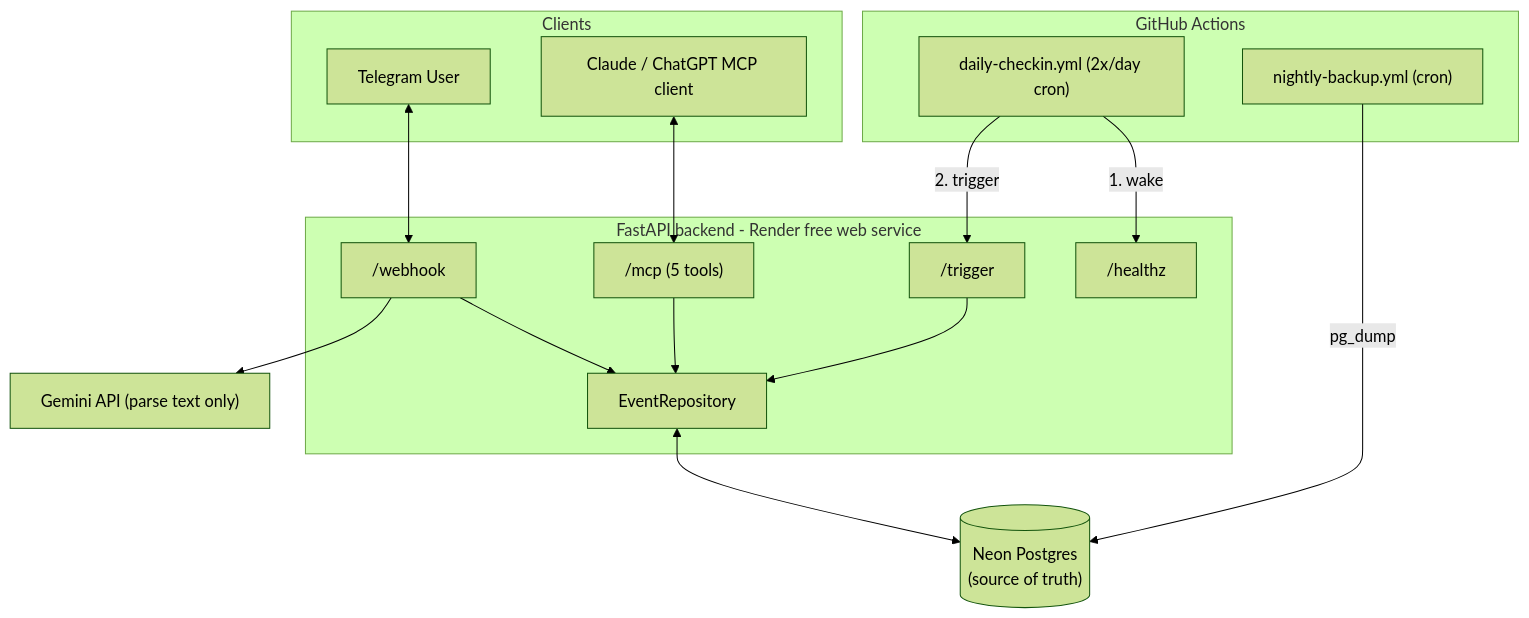
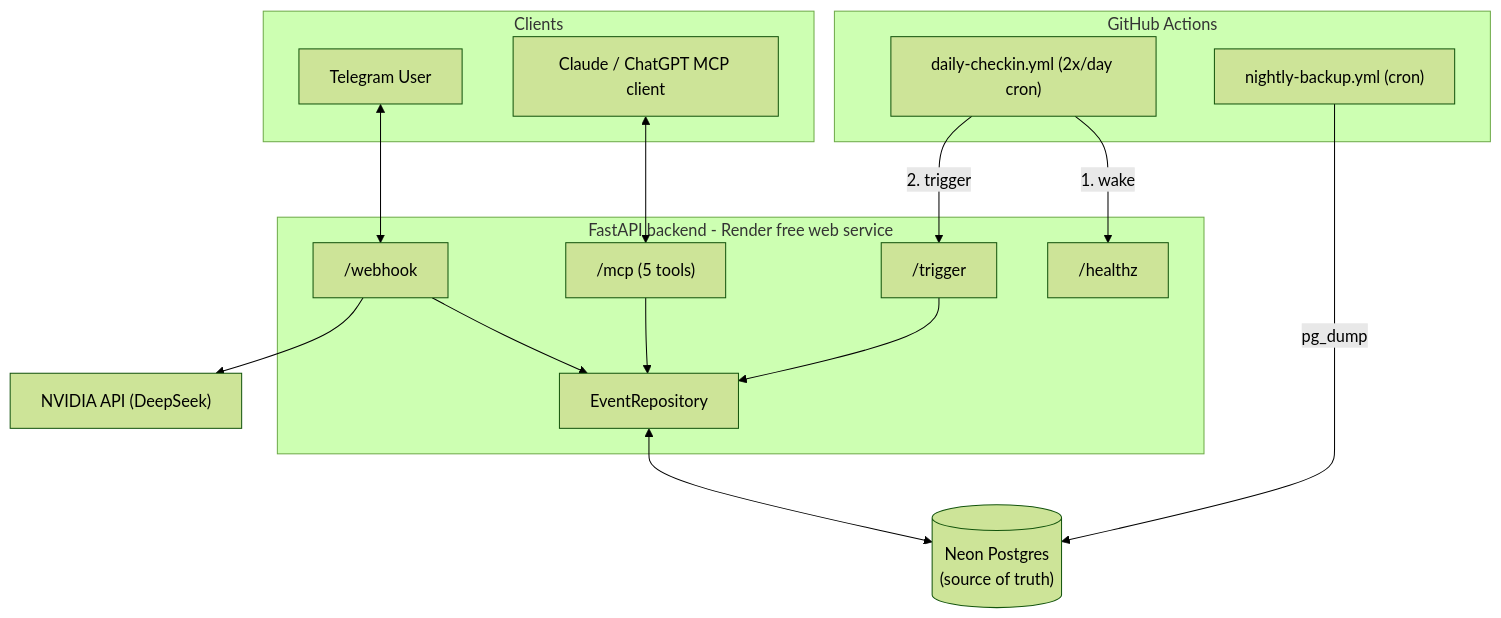
The diagram in docs/DEPLOYMENT.md (selvin-paul-raj/Finn), drawn with Mermaid (forest theme) before and after one commit. The commit also changed other lines of this file and 9 other files, not shown here.

````diff
--- a/docs/DEPLOYMENT.md
+++ b/docs/DEPLOYMENT.md
@@ -11,35 +11,35 @@
 ```mermaid
 flowchart TB
     subgraph Clients
         TG[Telegram User]
         MCPClient[Claude / ChatGPT MCP client]
     end
 
     subgraph GH[GitHub Actions]
         Cron1["daily-checkin.yml (2x/day cron)"]
         Cron2["nightly-backup.yml (cron)"]
     end
 
     subgraph Render[FastAPI backend - Render free web service]
         Webhook["/webhook"]
         Trigger["/trigger"]
         MCP["/mcp (5 tools)"]
         Health["/healthz"]
         Repo[EventRepository]
     end
 
-    Gemini["Gemini API (parse text only)"]
+    Nvidia["NVIDIA API (DeepSeek)"]
     Neon[("Neon Postgres\n(source of truth)")]
 
     TG <--> Webhook
     Cron1 -->|"1. wake"| Health
     Cron1 -->|"2. trigger"| Trigger
     Cron2 -->|pg_dump| Neon
     MCPClient <--> MCP
 
     Webhook --> Repo
     Trigger --> Repo
     MCP --> Repo
-    Webhook --> Gemini
+    Webhook --> Nvidia
     Repo <--> Neon
 ```
````
